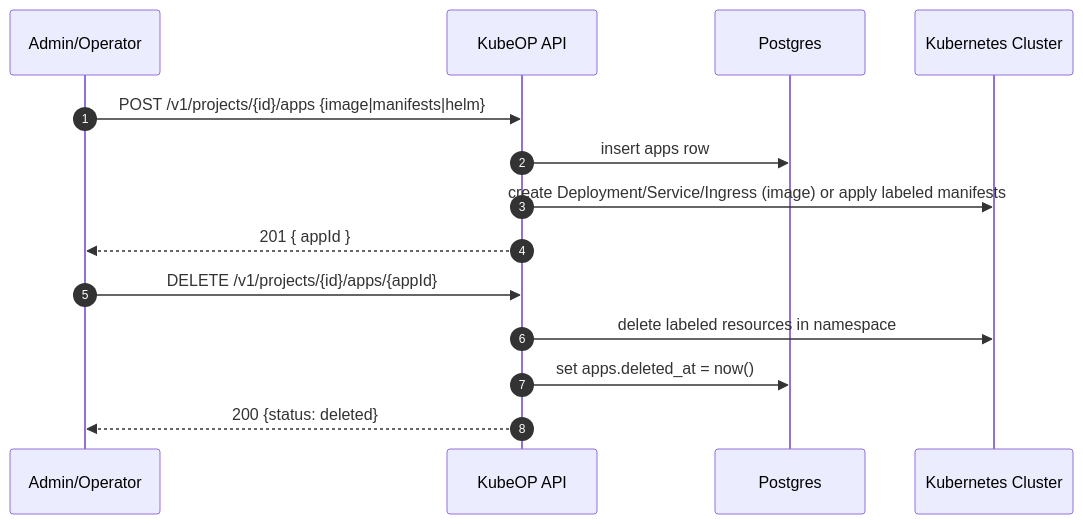
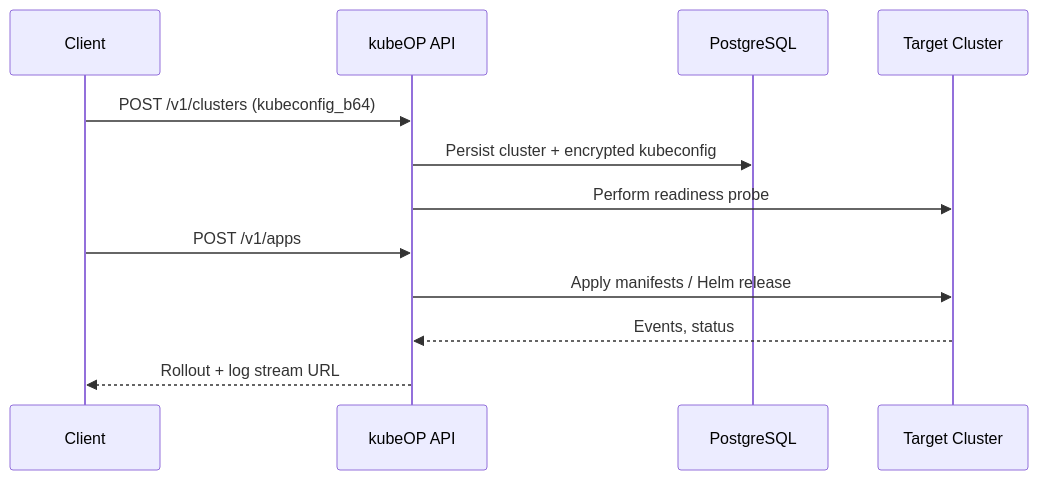
The diagram in docs/ARCHITECTURE.md (vaheed/kubeOP), drawn with Mermaid before and after one commit. The commit also changed other lines of this file and 52 other files, not shown here.

````diff
--- a/docs/ARCHITECTURE.md
+++ b/docs/ARCHITECTURE.md
@@ -112,18 +18,14 @@
 ```mermaid
 sequenceDiagram
-  autonumber
-  participant Admin as Admin/Operator
-  participant API as KubeOP API
-  participant DB as Postgres
-  participant K8s as Kubernetes Cluster
-
-  Admin->>API: POST /v1/projects/{id}/apps {image|manifests|helm}
-  API->>DB: insert apps row
-  API->>K8s: create Deployment/Service/Ingress (image) or apply labeled manifests
-  API-->>Admin: 201 { appId }
-
-  Admin->>API: DELETE /v1/projects/{id}/apps/{appId}
-  API->>K8s: delete labeled resources in namespace
-  API->>DB: set apps.deleted_at = now()
-  API-->>Admin: 200 {status: deleted}
+    participant Client
+    participant API as kubeOP API
+    participant Store as PostgreSQL
+    participant Cluster as Target Cluster
+    Client->>API: POST /v1/clusters (kubeconfig_b64)
+    API->>Store: Persist cluster + encrypted kubeconfig
+    API->>Cluster: Perform readiness probe
+    Client->>API: POST /v1/apps
+    API->>Cluster: Apply manifests / Helm release
+    Cluster-->>API: Events, status
+    API-->>Client: Rollout + log stream URL
 ```
````
